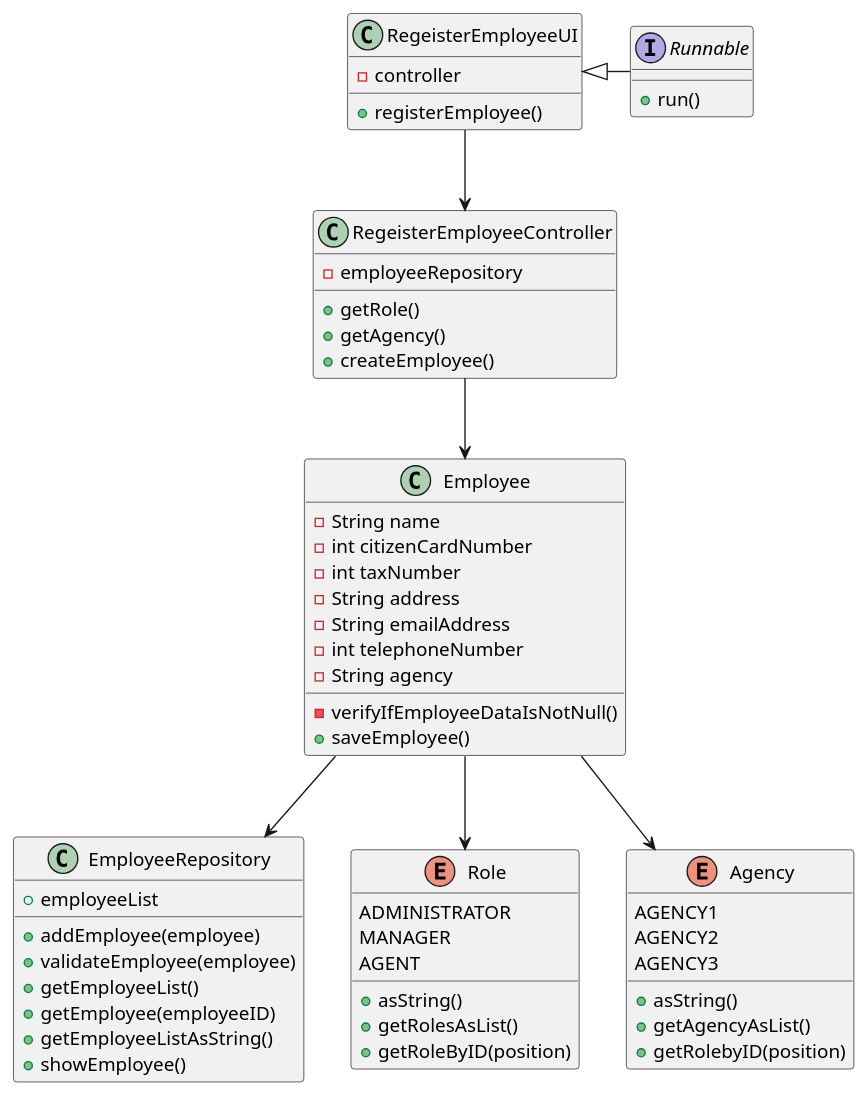
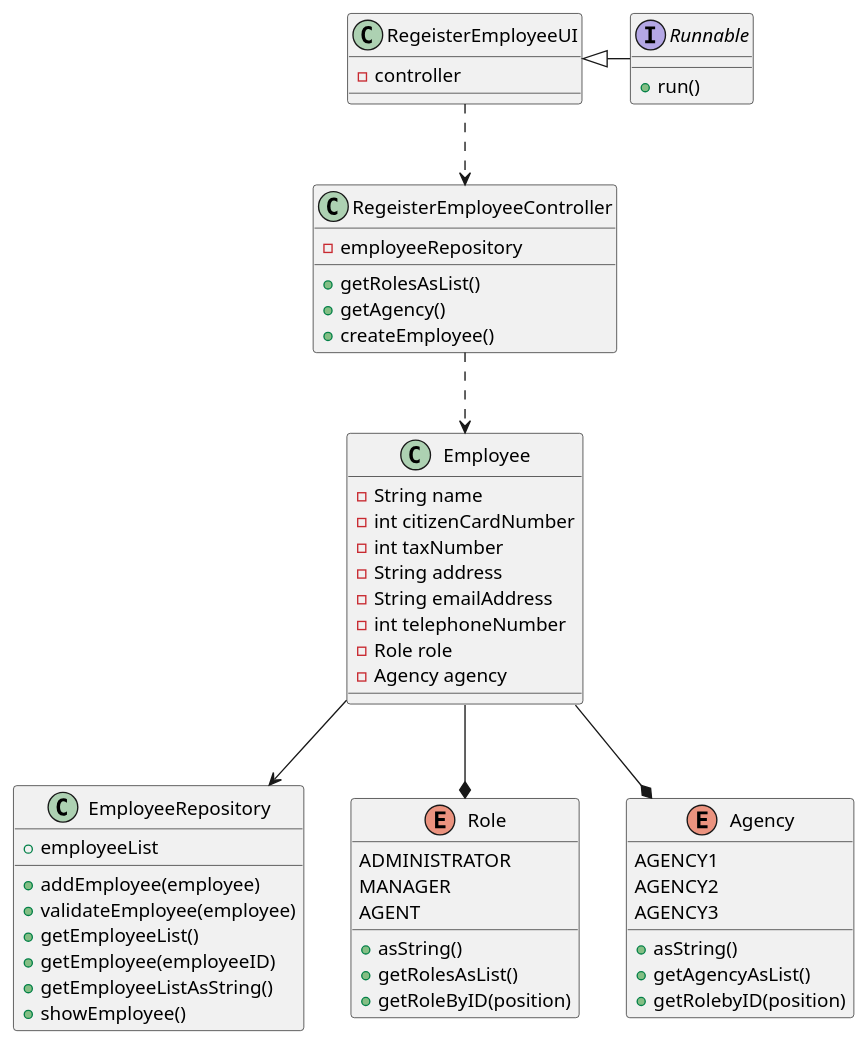
Before and after one commit to tiagohcorreia/LAPR2: the diagram in docs/sprintB/US003/03.design/puml/CD.puml, drawn with PlantUML. The commit also changed 2 other files, not shown here.

Commit message:
US003: Class diagram updated

```diff
--- a/docs/sprintB/US003/03.design/puml/CD.puml
+++ b/docs/sprintB/US003/03.design/puml/CD.puml
@@ -1,75 +1,75 @@
 @startuml
 
 class Employee {
 
     - String name
     - int citizenCardNumber
     - int taxNumber
     - String address
     - String emailAddress
     - int telephoneNumber
-    - String agency
-    - verifyIfEmployeeDataIsNotNull()
-    + saveEmployee()
+    - Role role
+    - Agency agency
+
 
 }
 
 class RegeisterEmployeeUI {
 
     - controller
-    + registerEmployee()
+
 
 }
 
 class RegeisterEmployeeController {
 
     - employeeRepository
-    + getRole()
+    + getRolesAsList()
     + getAgency()
     + createEmployee()
 }
 
 class EmployeeRepository {
 
     + employeeList
     + addEmployee(employee)
     + validateEmployee(employee)
     + getEmployeeList()
     + getEmployee(employeeID)
     + getEmployeeListAsString()
     + showEmployee()
 }
 
 Enum Role {
 
     ADMINISTRATOR
     MANAGER
     AGENT
     + asString()
     + getRolesAsList()
     + getRoleByID(position)
 }
 
 Enum Agency {
 
     AGENCY1
     AGENCY2
     AGENCY3
     + asString()
     + getAgencyAsList()
     + getRolebyID(position)
 }
 
 Interface Runnable {
     + run()
 }
 
 Runnable -left-|> RegeisterEmployeeUI
-RegeisterEmployeeUI --> RegeisterEmployeeController
-RegeisterEmployeeController --> Employee
-Employee --> Role
-Employee --> Agency
+RegeisterEmployeeUI ..> RegeisterEmployeeController
+RegeisterEmployeeController ..> Employee
+Employee --* Role
+Employee --* Agency
 Employee --> EmployeeRepository
 
 
 @enduml
```
